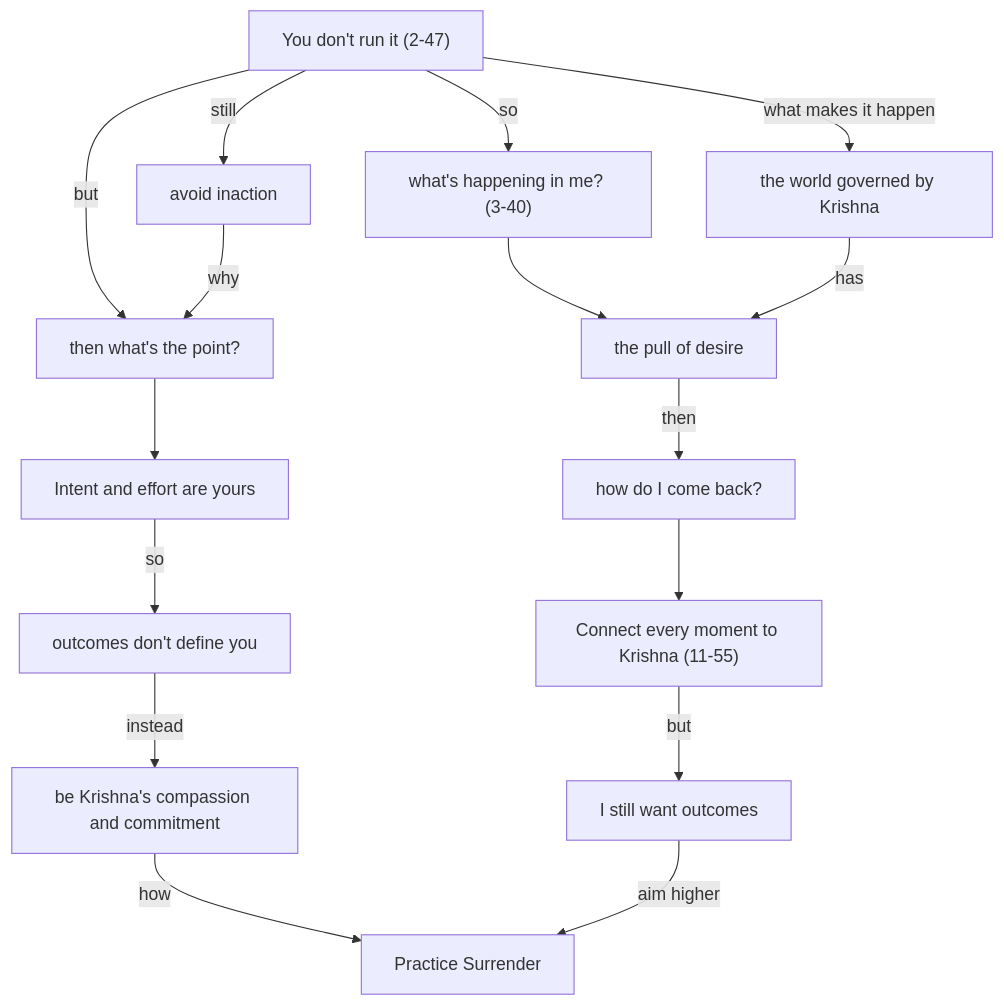
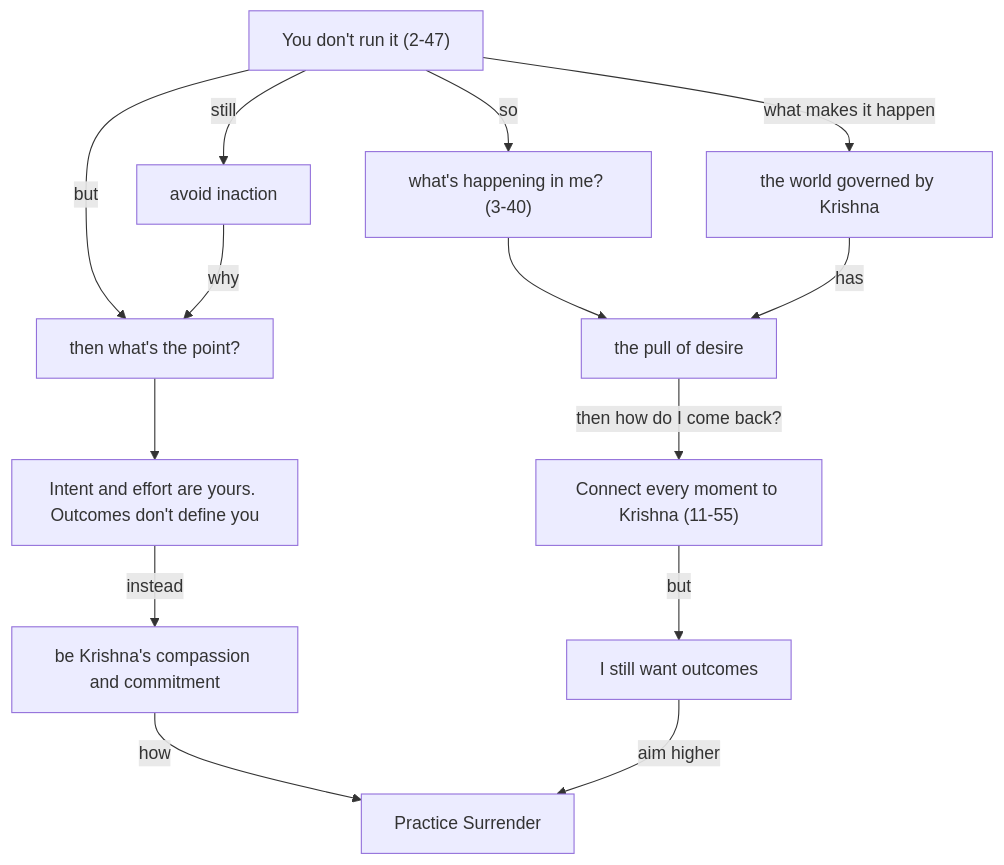
One commit to RaPaLearning/askys changed the diagram in reflections/morning-flow.md. Above: the diagram before and after it, drawn with Mermaid.

Commit message:
concise graph

````diff
--- a/reflections/morning-flow.md
+++ b/reflections/morning-flow.md
@@ -3,22 +3,20 @@
 ```mermaid
 flowchart TD
     A["You don't run it (2-47)"] -->|what makes it happen| E[the world governed by Krishna]
     A -->|so| C["what's happening in me? (3-40)"]
     A -->|but| D[then what's the point?]
 
     C --> F[the pull of desire]
     E -->|has| F
 
-    F -->|then| G[how do I come back?]
-    G --> H["Connect every moment to Krishna (11-55)"]
+    F -->|then how do I come back?| H["Connect every moment to Krishna (11-55)"]
     A -->|still| I[avoid inaction]
     I -->|why| D
 
-    D --> J[Intent and effort are yours]
-    J -->|so| K[outcomes don't define you]
-    K -->|instead| L[be Krishna's compassion and commitment]
+    D --> J[Intent and effort are yours. Outcomes don't define you]
+    J -->|instead| L[be Krishna's compassion and commitment]
     L -->|how| M[Practice Surrender]
 
     H -->|but| N[I still want outcomes]
     N -->|aim higher| M
 ```
````
